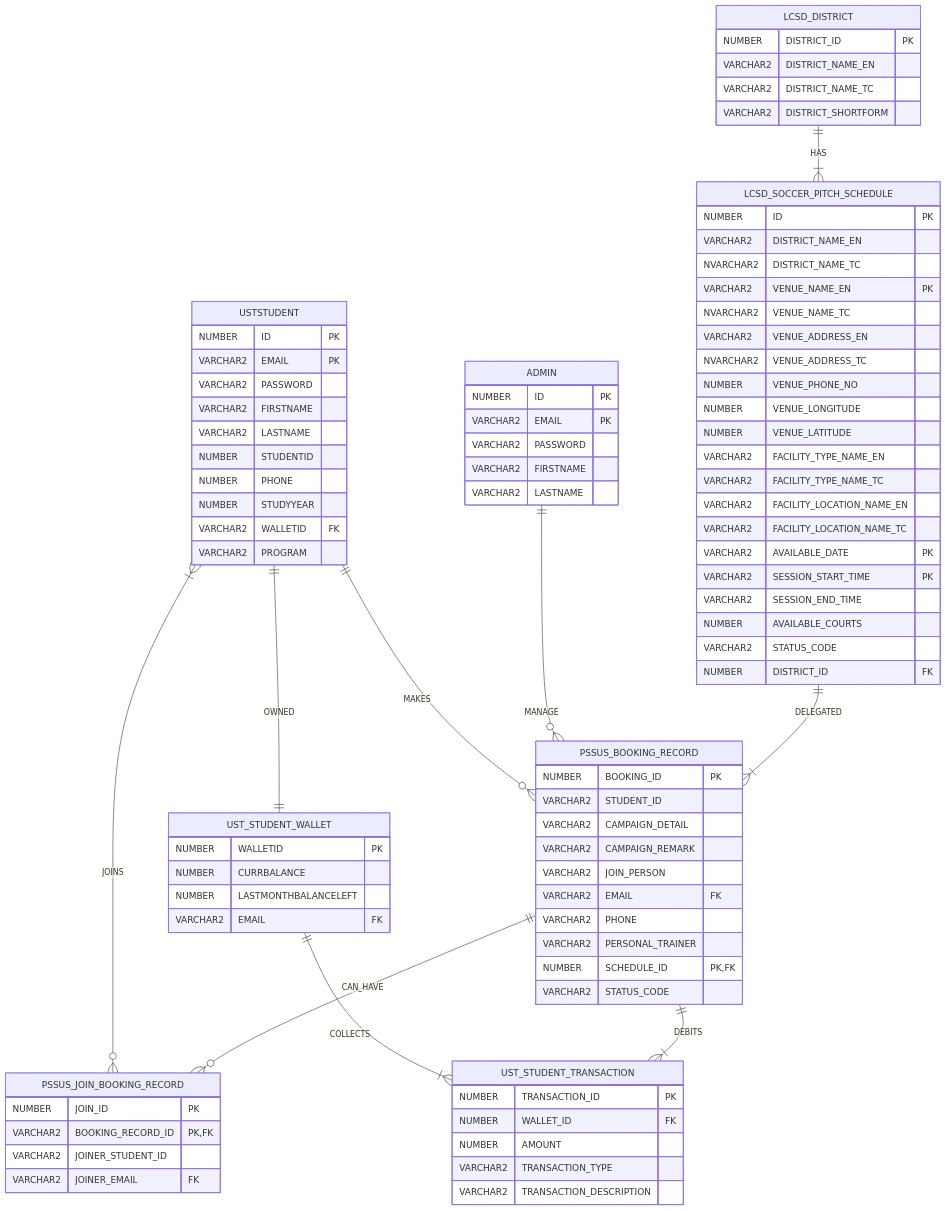
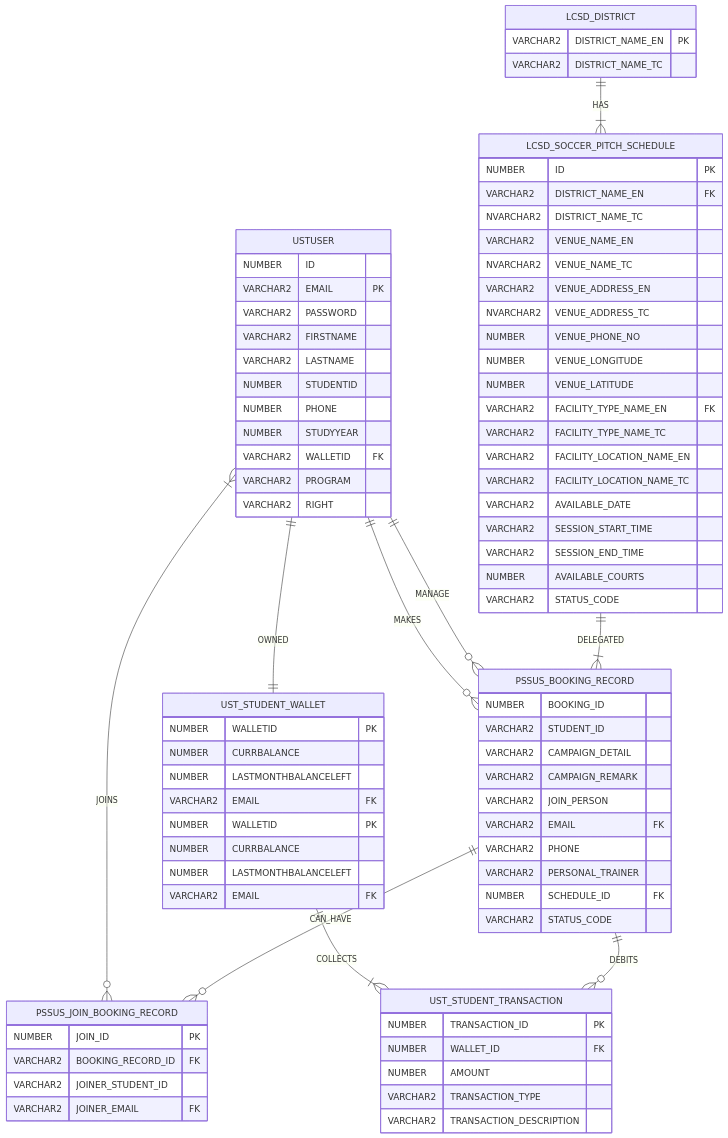
One commit to GordonHKUST/ISOM5260 changed the diagram in src/main/resources/ERD.mermaid. Above: the diagram before and after it, drawn with Mermaid.

```diff
--- a/src/main/resources/ERD.mermaid
+++ b/src/main/resources/ERD.mermaid
@@ -1,89 +1,93 @@
 erDiagram
     UST_STUDENT_WALLET ||--|{ UST_STUDENT_TRANSACTION : COLLECTS
     LCSD_DISTRICT ||--|{ LCSD_SOCCER_PITCH_SCHEDULE : HAS
-    USTSTUDENT |{ -- o{ PSSUS_JOIN_BOOKING_RECORD : JOINS
-    USTSTUDENT || -- o{ PSSUS_BOOKING_RECORD : MAKES
-    ADMIN ||--o{ PSSUS_BOOKING_RECORD : MANAGE
+    USTUSER |{ -- o{ PSSUS_JOIN_BOOKING_RECORD : JOINS
+    USTUSER || -- o{ PSSUS_BOOKING_RECORD : MAKES
+    USTUSER ||--o{ PSSUS_BOOKING_RECORD : MANAGE
     LCSD_SOCCER_PITCH_SCHEDULE ||--|{ PSSUS_BOOKING_RECORD : DELEGATED
-    USTSTUDENT ||--|| UST_STUDENT_WALLET : OWNED
+    USTUSER ||--|| UST_STUDENT_WALLET : OWNED
     PSSUS_BOOKING_RECORD ||--o{ PSSUS_JOIN_BOOKING_RECORD : CAN_HAVE
-    PSSUS_BOOKING_RECORD ||--|{ UST_STUDENT_TRANSACTION : DEBITS
+    PSSUS_BOOKING_RECORD ||--o{ UST_STUDENT_TRANSACTION : DEBITS
 
-    UST_STUDENT_TRANSACTION {
-        NUMBER TRANSACTION_ID PK
-        NUMBER WALLET_ID FK
-        NUMBER AMOUNT
-        VARCHAR2 TRANSACTION_TYPE
-        VARCHAR2 TRANSACTION_DESCRIPTION
-    }
-    LCSD_DISTRICT {
-        NUMBER DISTRICT_ID PK
-        VARCHAR2 DISTRICT_NAME_EN
-        VARCHAR2 DISTRICT_NAME_TC
-        VARCHAR2 DISTRICT_SHORTFORM
-    }
-    LCSD_SOCCER_PITCH_SCHEDULE {
-        NUMBER ID PK
-        VARCHAR2 DISTRICT_NAME_EN
-        NVARCHAR2 DISTRICT_NAME_TC
-        VARCHAR2 VENUE_NAME_EN PK
-        NVARCHAR2 VENUE_NAME_TC
-        VARCHAR2 VENUE_ADDRESS_EN
-        NVARCHAR2 VENUE_ADDRESS_TC
-        NUMBER VENUE_PHONE_NO
-        NUMBER VENUE_LONGITUDE
-        NUMBER VENUE_LATITUDE
-        VARCHAR2 FACILITY_TYPE_NAME_EN
-        VARCHAR2 FACILITY_TYPE_NAME_TC
-        VARCHAR2 FACILITY_LOCATION_NAME_EN
-        VARCHAR2 FACILITY_LOCATION_NAME_TC
-        VARCHAR2 AVAILABLE_DATE PK
-        VARCHAR2 SESSION_START_TIME PK
-        VARCHAR2 SESSION_END_TIME
-        NUMBER AVAILABLE_COURTS
-        VARCHAR2 STATUS_CODE
-        NUMBER DISTRICT_ID FK
-    }
-    PSSUS_BOOKING_RECORD {
-        NUMBER BOOKING_ID PK
-        VARCHAR2 STUDENT_ID
-        VARCHAR2 CAMPAIGN_DETAIL
-        VARCHAR2 CAMPAIGN_REMARK
-        VARCHAR2 JOIN_PERSON
-        VARCHAR2 EMAIL FK
-        VARCHAR2 PHONE
-        VARCHAR2 PERSONAL_TRAINER
-        NUMBER SCHEDULE_ID PK,FK
-        VARCHAR2 STATUS_CODE
-    }
-    PSSUS_JOIN_BOOKING_RECORD {
-        NUMBER JOIN_ID PK
-        VARCHAR2 BOOKING_RECORD_ID PK,FK
-        VARCHAR2 JOINER_STUDENT_ID
-        VARCHAR2 JOINER_EMAIL FK
-    }
-    UST_STUDENT_WALLET {
-        NUMBER WALLETID PK
-        NUMBER CURRBALANCE
-        NUMBER LASTMONTHBALANCELEFT
-        VARCHAR2 EMAIL FK
-    }
-    USTSTUDENT {
-        NUMBER ID PK
+    USTUSER {
+        NUMBER ID 
         VARCHAR2 EMAIL PK
         VARCHAR2 PASSWORD 
         VARCHAR2 FIRSTNAME 
         VARCHAR2 LASTNAME 
         NUMBER STUDENTID
         NUMBER PHONE
         NUMBER STUDYYEAR
         VARCHAR2 WALLETID FK
         VARCHAR2 PROGRAM
+		VARCHAR2 RIGHT
     }
-    ADMIN {
+	
+	UST_STUDENT_WALLET {
+        NUMBER WALLETID PK
+        NUMBER CURRBALANCE
+        NUMBER LASTMONTHBALANCELEFT
+        VARCHAR2 EMAIL FK
+    }
+	
+    UST_STUDENT_TRANSACTION {
+        NUMBER TRANSACTION_ID PK
+        NUMBER WALLET_ID FK
+        NUMBER AMOUNT
+        VARCHAR2 TRANSACTION_TYPE
+        VARCHAR2 TRANSACTION_DESCRIPTION
+    }
+	
+    LCSD_DISTRICT {
+        VARCHAR2 DISTRICT_NAME_EN PK
+        VARCHAR2 DISTRICT_NAME_TC
+    }
+	
+    LCSD_SOCCER_PITCH_SCHEDULE {
         NUMBER ID PK
-        VARCHAR2 EMAIL PK
-        VARCHAR2 PASSWORD 
-        VARCHAR2 FIRSTNAME 
-        VARCHAR2 LASTNAME 
+        VARCHAR2 DISTRICT_NAME_EN FK
+        NVARCHAR2 DISTRICT_NAME_TC
+        VARCHAR2 VENUE_NAME_EN 
+        NVARCHAR2 VENUE_NAME_TC
+        VARCHAR2 VENUE_ADDRESS_EN
+        NVARCHAR2 VENUE_ADDRESS_TC
+        NUMBER VENUE_PHONE_NO
+        NUMBER VENUE_LONGITUDE
+        NUMBER VENUE_LATITUDE
+        VARCHAR2 FACILITY_TYPE_NAME_EN FK
+        VARCHAR2 FACILITY_TYPE_NAME_TC
+        VARCHAR2 FACILITY_LOCATION_NAME_EN
+        VARCHAR2 FACILITY_LOCATION_NAME_TC
+        VARCHAR2 AVAILABLE_DATE 
+        VARCHAR2 SESSION_START_TIME 
+        VARCHAR2 SESSION_END_TIME
+        NUMBER AVAILABLE_COURTS
+        VARCHAR2 STATUS_CODE
     }
+	
+    PSSUS_BOOKING_RECORD {
+        NUMBER BOOKING_ID 
+        VARCHAR2 STUDENT_ID
+        VARCHAR2 CAMPAIGN_DETAIL
+        VARCHAR2 CAMPAIGN_REMARK
+        VARCHAR2 JOIN_PERSON
+        VARCHAR2 EMAIL FK
+        VARCHAR2 PHONE
+        VARCHAR2 PERSONAL_TRAINER
+        NUMBER SCHEDULE_ID FK
+        VARCHAR2 STATUS_CODE
+    }
+	
+    PSSUS_JOIN_BOOKING_RECORD {
+        NUMBER JOIN_ID PK
+        VARCHAR2 BOOKING_RECORD_ID FK
+        VARCHAR2 JOINER_STUDENT_ID
+        VARCHAR2 JOINER_EMAIL FK
+    }
+	
+    UST_STUDENT_WALLET {
+        NUMBER WALLETID PK
+        NUMBER CURRBALANCE
+        NUMBER LASTMONTHBALANCELEFT
+        VARCHAR2 EMAIL FK
+    }
```
